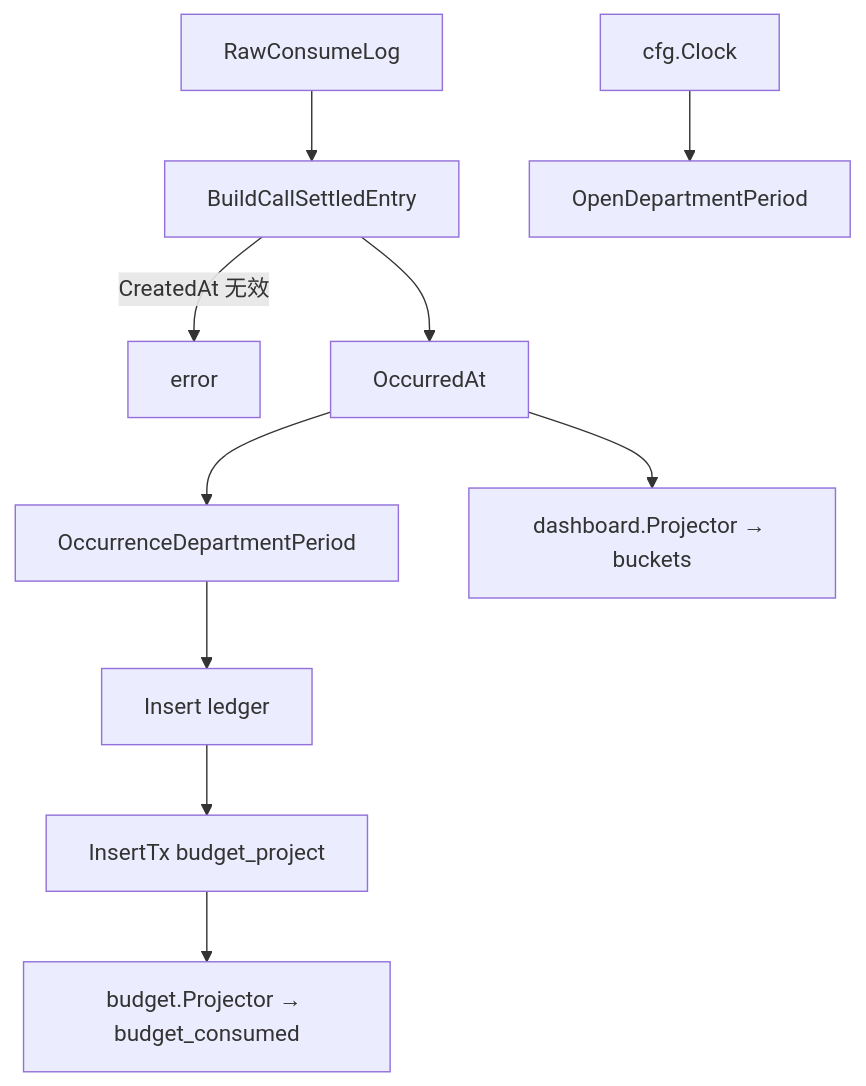
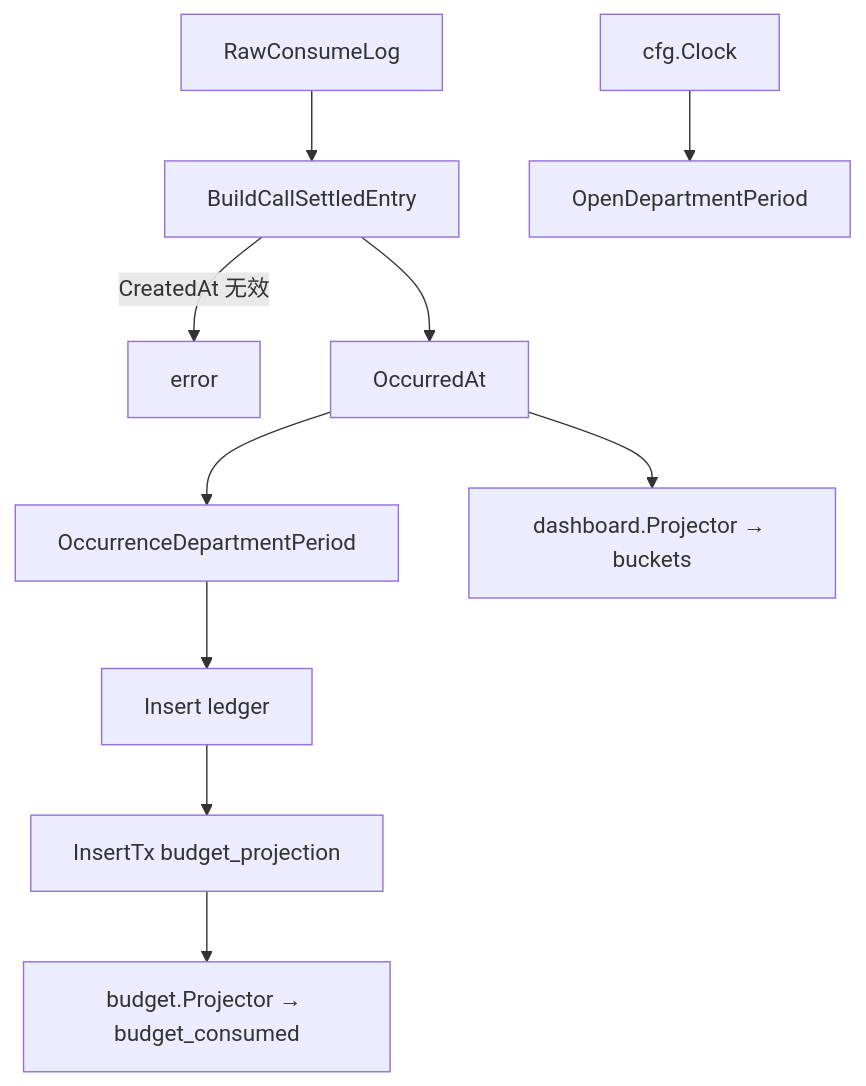
One commit to quyip8818/mytokenjoy changed the seventh of 9 diagrams in docs/Backend-业务时钟与账期.md. Above: the diagram before and after it, drawn with Mermaid. The commit also changed other lines of this file and 175 other files, not shown here.

````diff
--- a/docs/Backend-业务时钟与账期.md
+++ b/docs/Backend-业务时钟与账期.md
@@ -190,12 +190,12 @@
 ```mermaid
 flowchart TB
   Raw[RawConsumeLog] --> Build[BuildCallSettledEntry]
   Build -->|CreatedAt 无效| Fail[error]
   Build --> Entry[OccurredAt]
   Entry --> Occ[OccurrenceDepartmentPeriod]
   Clock[cfg.Clock] --> Open[OpenDepartmentPeriod]
   Occ --> Ledger[Insert ledger]
-  Ledger --> Enq[InsertTx budget_project]
+  Ledger --> Enq[InsertTx budget_projection]
   Enq --> Proj[budget.Projector → budget_consumed]
   Entry --> DashProj[dashboard.Projector → buckets]
 ```
````
